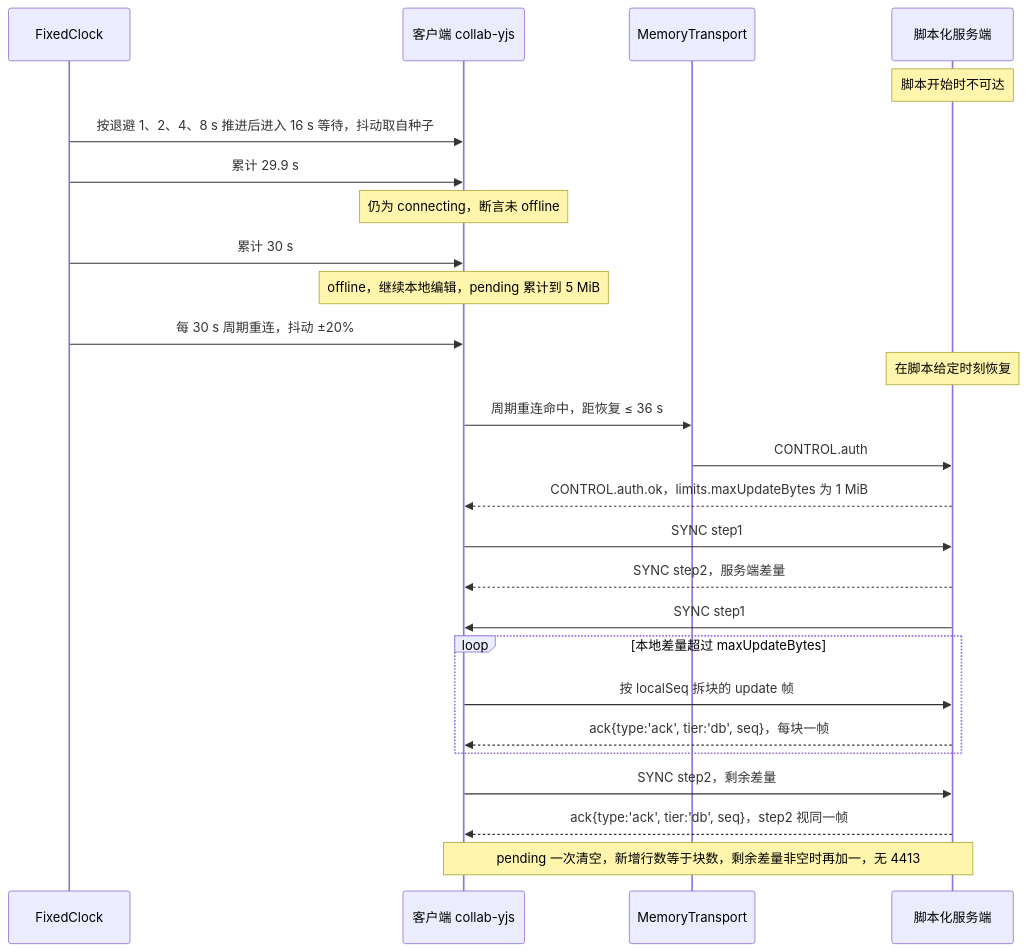
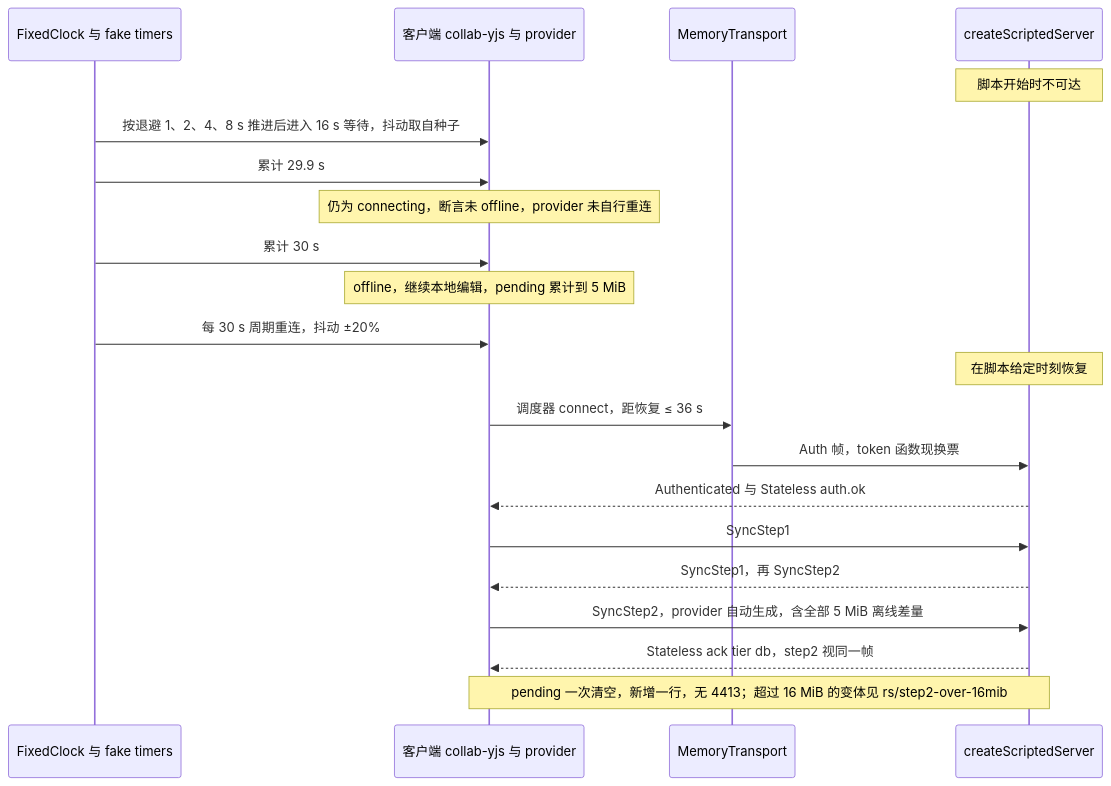
Before and after one commit to Xeonice/cordis-ppt-editor: the sixth of 7 diagrams in docs/70-testing/05-collab-simulation-and-property-tests.md, drawn with Mermaid. The commit also changed other lines of this file and 12 other files, not shown here.

````diff
--- a/docs/70-testing/05-collab-simulation-and-property-tests.md
+++ b/docs/70-testing/05-collab-simulation-and-property-tests.md
@@ -392,28 +456,23 @@
 ```mermaid
 sequenceDiagram
-  participant K as FixedClock
-  participant C as 客户端 collab-yjs
+  participant K as FixedClock 与 fake timers
+  participant C as 客户端 collab-yjs 与 provider
   participant T as MemoryTransport
-  participant S as 脚本化服务端
+  participant S as createScriptedServer
   Note over S: 脚本开始时不可达
   K->>C: 按退避 1、2、4、8 s 推进后进入 16 s 等待，抖动取自种子
   K->>C: 累计 29.9 s
-  Note over C: 仍为 connecting，断言未 offline
+  Note over C: 仍为 connecting，断言未 offline，provider 未自行重连
   K->>C: 累计 30 s
   Note over C: offline，继续本地编辑，pending 累计到 5 MiB
   K->>C: 每 30 s 周期重连，抖动 ±20%
   Note over S: 在脚本给定时刻恢复
-  C->>T: 周期重连命中，距恢复 ≤ 36 s
-  T->>S: CONTROL.auth
-  S-->>C: CONTROL.auth.ok，limits.maxUpdateBytes 为 1 MiB
-  C->>S: SYNC step1
-  S-->>C: SYNC step2，服务端差量
-  S->>C: SYNC step1
-  loop 本地差量超过 maxUpdateBytes
-    C->>S: 按 localSeq 拆块的 update 帧
-    S-->>C: ack{type:'ack', tier:'db', seq}，每块一帧
-  end
-  C->>S: SYNC step2，剩余差量
-  S-->>C: ack{type:'ack', tier:'db', seq}，step2 视同一帧
-  Note over C,S: pending 一次清空，新增行数等于块数，剩余差量非空时再加一，无 4413
+  C->>T: 调度器 connect，距恢复 ≤ 36 s
+  T->>S: Auth 帧，token 函数现换票
+  S-->>C: Authenticated 与 Stateless auth.ok
+  C->>S: SyncStep1
+  S-->>C: SyncStep1，再 SyncStep2
+  C->>S: SyncStep2，provider 自动生成，含全部 5 MiB 离线差量
+  S-->>C: Stateless ack tier db，step2 视同一帧
+  Note over C,S: pending 一次清空，新增一行，无 4413；超过 16 MiB 的变体见 rs/step2-over-16mib
 ```
````
